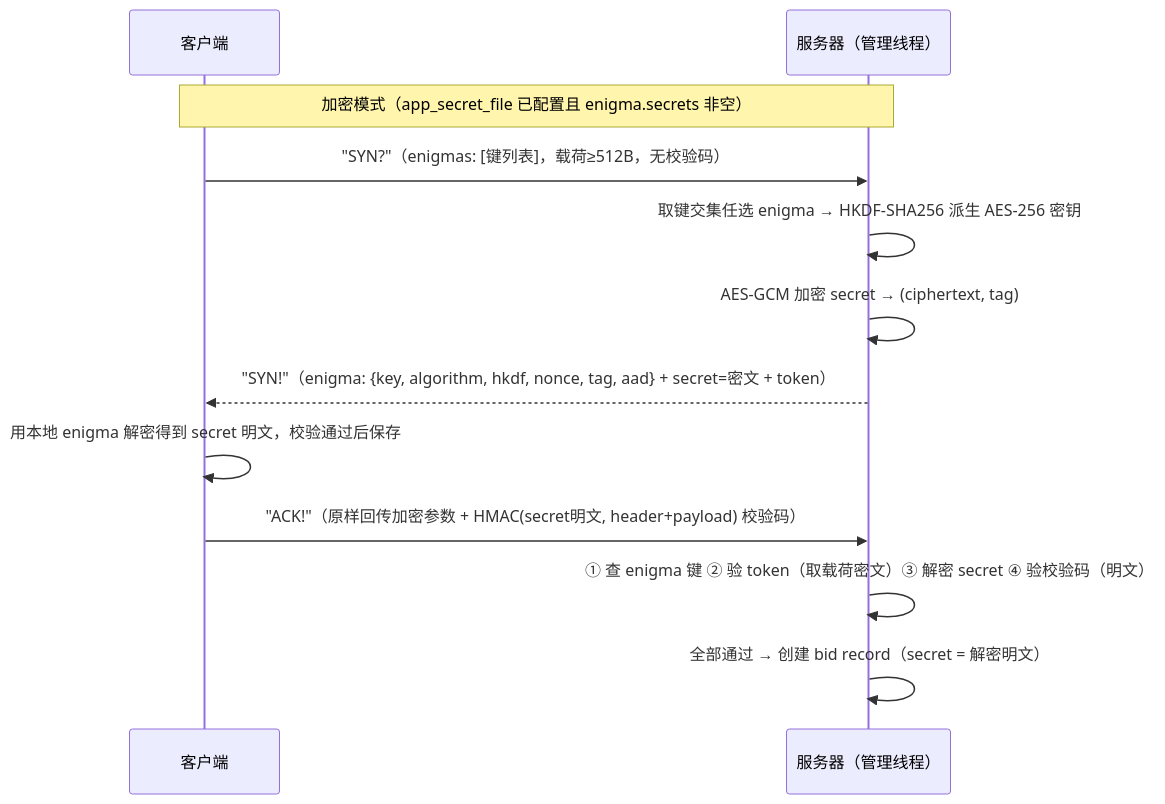
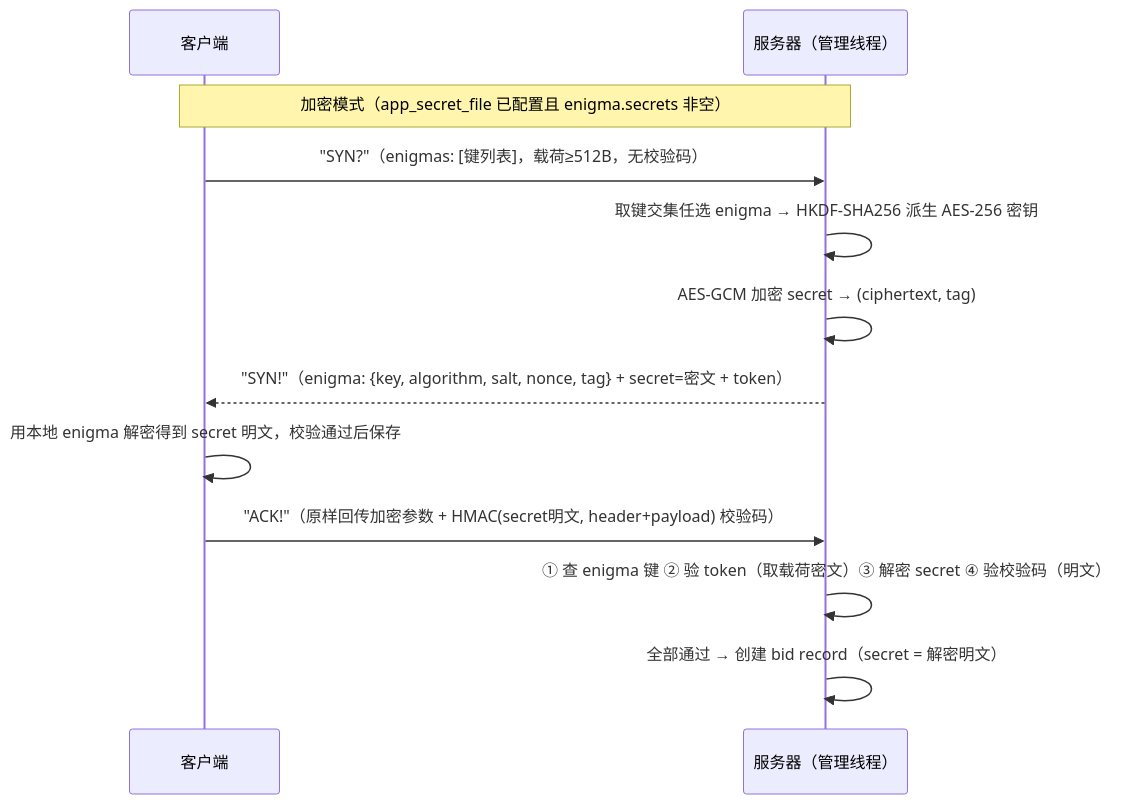
One commit to moky/magpie changed the diagram in docs/security.md. Above: the diagram before and after it, drawn with Mermaid. The commit also changed 18 other files, not shown here.

````diff
--- a/docs/security.md
+++ b/docs/security.md
@@ -96,15 +96,15 @@
 ```mermaid
 sequenceDiagram
     participant C as 客户端
     participant M as 服务器（管理线程）
 
     Note over C,M: 加密模式（app_secret_file 已配置且 enigma.secrets 非空）
     C->>M: "SYN?"（enigmas: [键列表]，载荷≥512B，无校验码）
     M->>M: 取键交集任选 enigma → HKDF-SHA256 派生 AES-256 密钥
     M->>M: AES-GCM 加密 secret → (ciphertext, tag)
-    M-->>C: "SYN!"（enigma: {key, algorithm, hkdf, nonce, tag, aad} + secret=密文 + token）
+    M-->>C: "SYN!"（enigma: {key, algorithm, salt, nonce, tag} + secret=密文 + token）
     C->>C: 用本地 enigma 解密得到 secret 明文，校验通过后保存
     C->>M: "ACK!"（原样回传加密参数 + HMAC(secret明文, header+payload) 校验码）
     M->>M: ① 查 enigma 键 ② 验 token（取载荷密文）③ 解密 secret ④ 验校验码（明文）
     M->>M: 全部通过 → 创建 bid record（secret = 解密明文）
 ```
````
